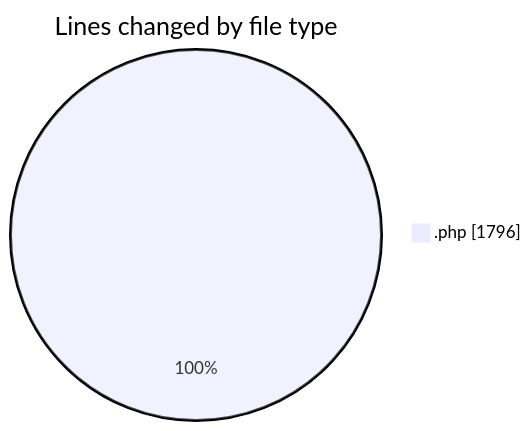
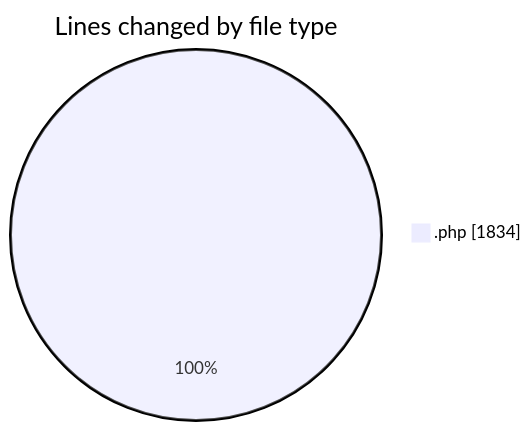
One commit to debugP/code-tracking changed the first of 2 diagrams in 2026-07-13/wp-content/README.md. Above: the diagram before and after it, drawn with Mermaid. The commit also changed other lines of this file and 1 other file, not shown here.

````diff
--- a/2026-07-13/wp-content/README.md
+++ b/2026-07-13/wp-content/README.md
@@ -20,5 +20,5 @@
 ```mermaid
 pie showData
 title Lines changed by file type
-".php" : 1796
+".php" : 1834
 ```
````
